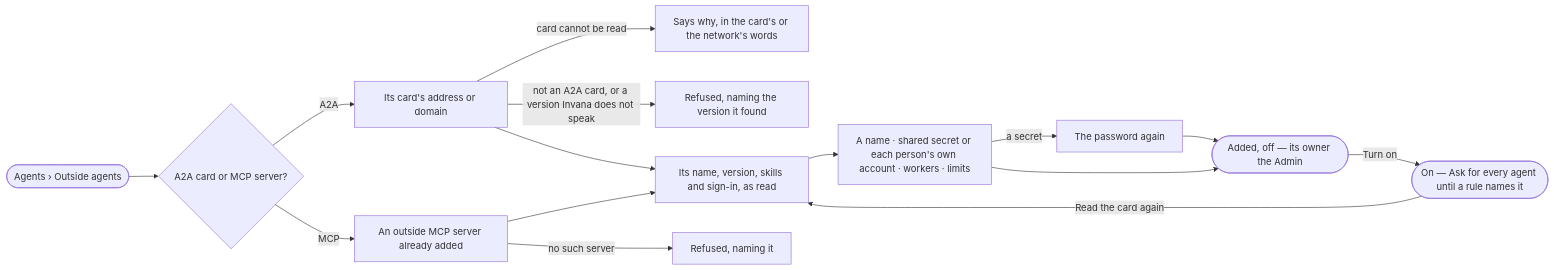
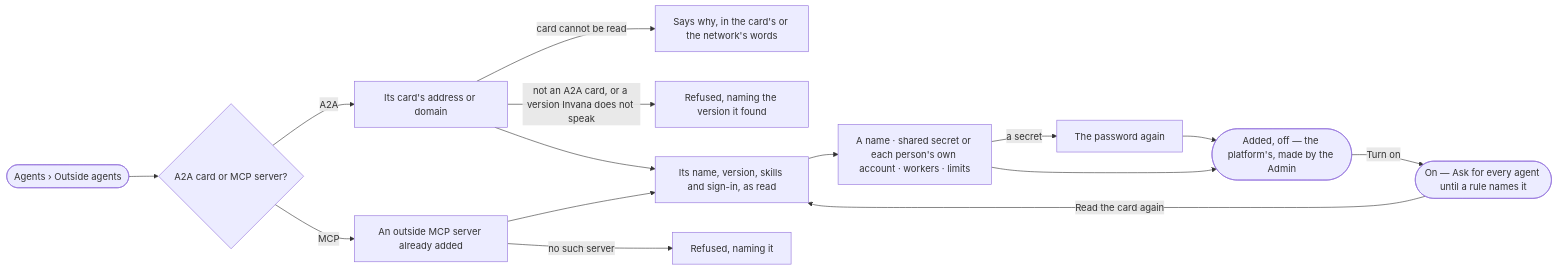
The diagram in specs/capabilities/agents/features/AG-F05-delegation-and-outside-agents/stories/AG-33-add-an-outside-agent-by-its-card/story.md (invana/invana), drawn with Mermaid before and after one commit. The commit also changed other lines of this file and 300 other files, not shown here.

````diff
--- a/specs/capabilities/agents/features/AG-F05-delegation-and-outside-agents/stories/AG-33-add-an-outside-agent-by-its-card/story.md
+++ b/specs/capabilities/agents/features/AG-F05-delegation-and-outside-agents/stories/AG-33-add-an-outside-agent-by-its-card/story.md
@@ -28,17 +30,17 @@
 ```mermaid
 flowchart LR
   s([Agents › Outside agents]) --> p{"A2A card or MCP server?"}
   p -->|A2A| a["Its card's address or domain"]
   a -->|card cannot be read| x["Says why, in the card's or the network's words"]
   a -->|not an A2A card, or a version Invana does not speak| v["Refused, naming the version it found"]
   a --> c["Its name, version, skills and sign-in, as read"]
   p -->|MCP| m["An outside MCP server already added"]
   m -->|no such server| mx["Refused, naming it"]
   m --> c
   c --> n["A name · shared secret or each person's own account · workers · limits"]
   n -->|a secret| pw["The password again"]
   pw --> off
-  n --> off(["Added, off — its owner the Admin"])
+  n --> off(["Added, off — the platform's, made by the Admin"])
   off -->|Turn on| on(["On — Ask for every agent until a rule names it"])
   on -->|Read the card again| c
 ```
````
